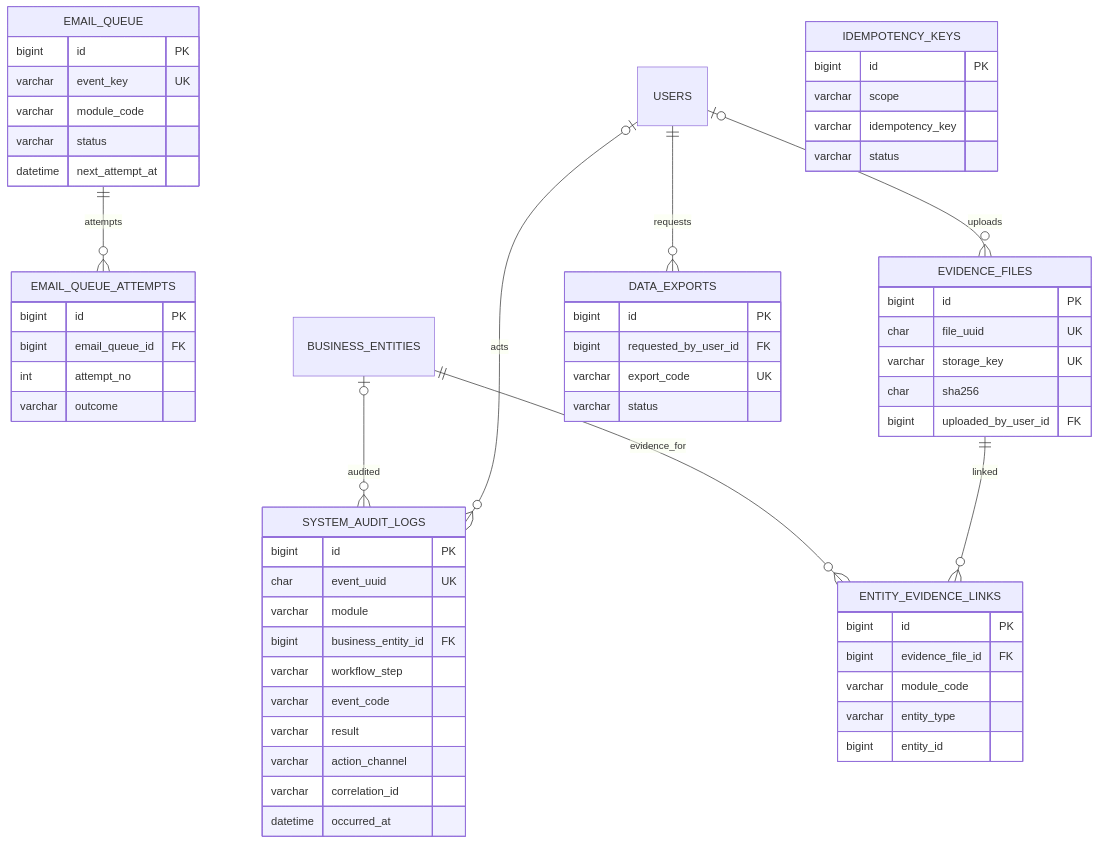
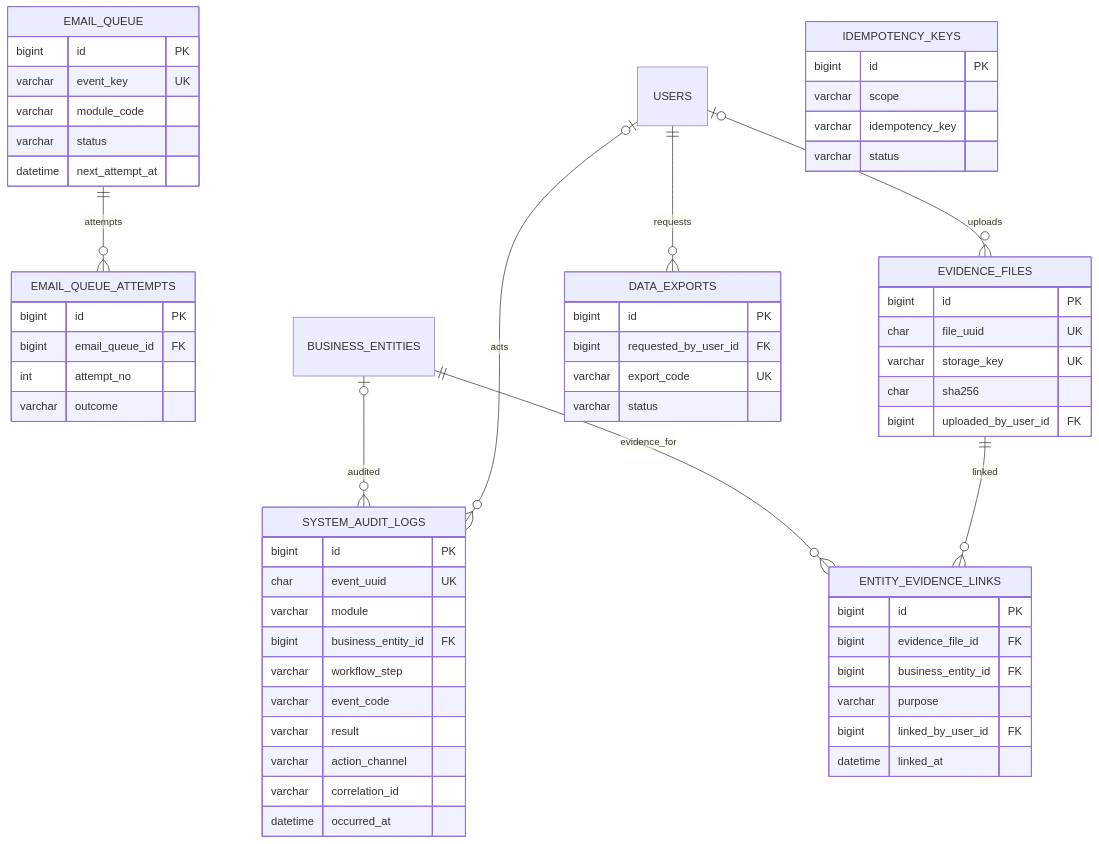
The eighth of 8 diagrams in uoa-server-room/docs/ERD_PHYSICAL.md (daoaigiangnam/kpi_dashboard), drawn with Mermaid before and after one commit. The commit also changed other lines of this file, not shown here.

Commit message:
docs(uoa): align physical ERD evidence link with ADR-001

````diff
--- a/uoa-server-room/docs/ERD_PHYSICAL.md
+++ b/uoa-server-room/docs/ERD_PHYSICAL.md
@@ -606,62 +606,63 @@
 ```mermaid
 erDiagram
     EMAIL_QUEUE ||--o{ EMAIL_QUEUE_ATTEMPTS : attempts
     BUSINESS_ENTITIES o|--o{ SYSTEM_AUDIT_LOGS : audited
     BUSINESS_ENTITIES ||--o{ ENTITY_EVIDENCE_LINKS : evidence_for
     USERS o|--o{ SYSTEM_AUDIT_LOGS : acts
     USERS o|--o{ EVIDENCE_FILES : uploads
     EVIDENCE_FILES ||--o{ ENTITY_EVIDENCE_LINKS : linked
     USERS ||--o{ DATA_EXPORTS : requests
 
     EMAIL_QUEUE {
       bigint id PK
       varchar event_key UK
       varchar module_code
       varchar status
       datetime next_attempt_at
     }
     EMAIL_QUEUE_ATTEMPTS {
       bigint id PK
       bigint email_queue_id FK
       int attempt_no
       varchar outcome
     }
     SYSTEM_AUDIT_LOGS {
       bigint id PK
       char event_uuid UK
       varchar module
       bigint business_entity_id FK
       varchar workflow_step
       varchar event_code
       varchar result
       varchar action_channel
       varchar correlation_id
       datetime occurred_at
     }
     EVIDENCE_FILES {
       bigint id PK
       char file_uuid UK
       varchar storage_key UK
       char sha256
       bigint uploaded_by_user_id FK
     }
     ENTITY_EVIDENCE_LINKS {
       bigint id PK
       bigint evidence_file_id FK
-      varchar module_code
-      varchar entity_type
-      bigint entity_id
+      bigint business_entity_id FK
+      varchar purpose
+      bigint linked_by_user_id FK
+      datetime linked_at
     }
     IDEMPOTENCY_KEYS {
       bigint id PK
       varchar scope
       varchar idempotency_key
       varchar status
     }
     DATA_EXPORTS {
       bigint id PK
       bigint requested_by_user_id FK
       varchar export_code UK
       varchar status
     }
 ```
````
